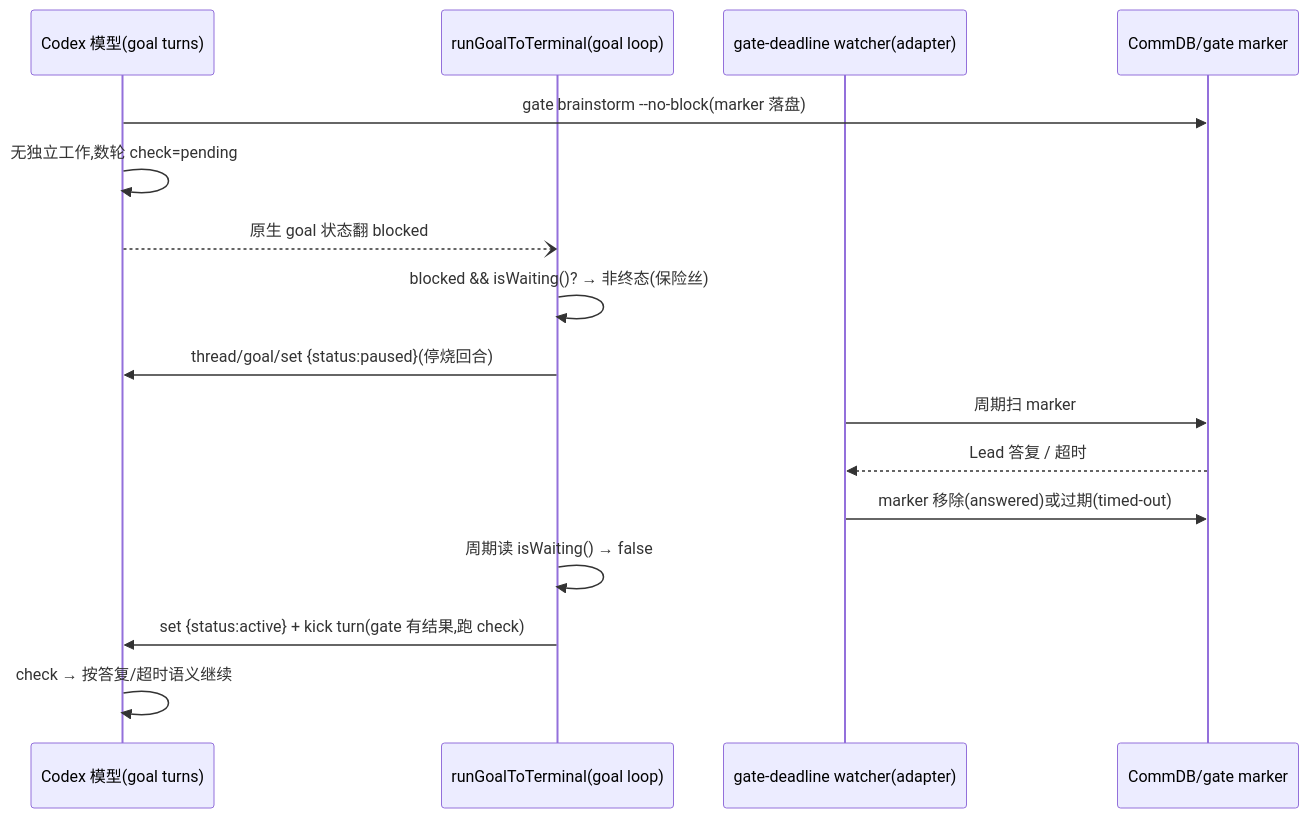
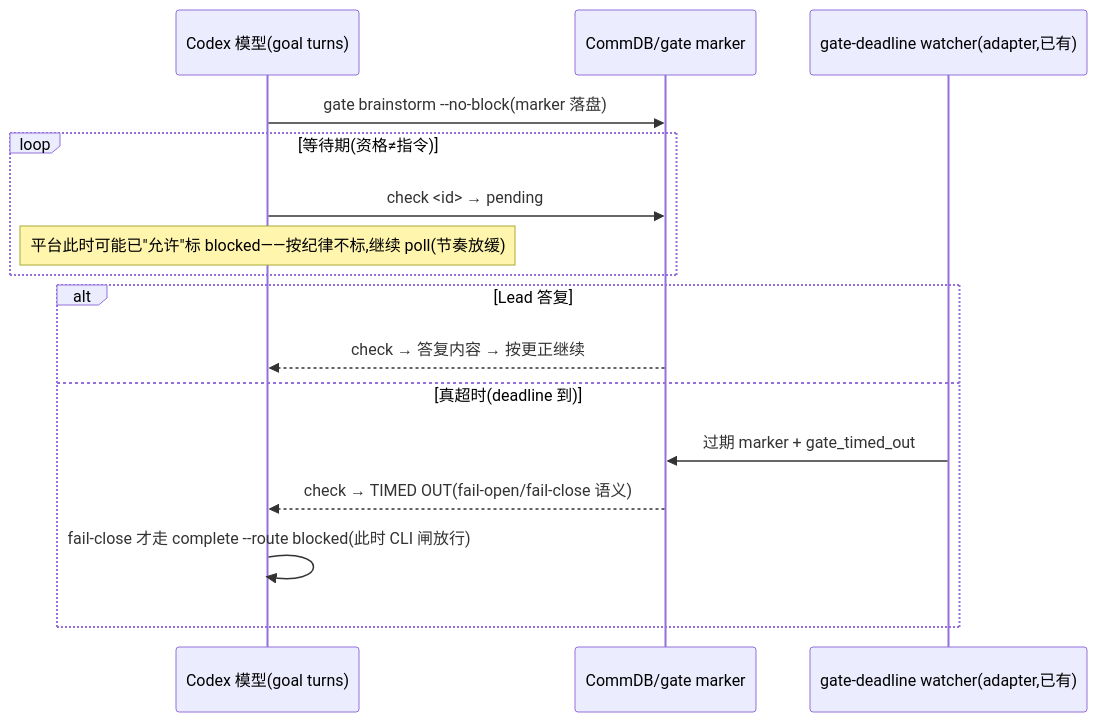
The diagram in engineering/doc/FLY-1257-codex-runtime-retry-defects/plan.md (xrliAnnie/flywheel-qa-sandbox), drawn with Mermaid before and after one commit. The commit also changed other lines of this file and 2 other files, not shown here.

````diff
--- a/engineering/doc/FLY-1257-codex-runtime-retry-defects/plan.md
+++ b/engineering/doc/FLY-1257-codex-runtime-retry-defects/plan.md
@@ -22,19 +28,19 @@
 ```mermaid
 sequenceDiagram
     participant M as Codex 模型(goal turns)
-    participant L as runGoalToTerminal(goal loop)
-    participant W as gate-deadline watcher(adapter)
     participant DB as CommDB/gate marker
+    participant W as gate-deadline watcher(adapter,已有)
 
     M->>DB: gate brainstorm --no-block(marker 落盘)
-    M->>M: 无独立工作,数轮 check=pending
-    M--)L: 原生 goal 状态翻 blocked
-    L->>L: blocked && isWaiting()? → 非终态(保险丝)
-    L->>M: thread/goal/set {status:paused}(停烧回合)
-    W->>DB: 周期扫 marker
-    DB-->>W: Lead 答复 / 超时
-    W->>DB: marker 移除(answered)或过期(timed-out)
-    L->>L: 周期读 isWaiting() → false
-    L->>M: set {status:active} + kick turn(gate 有结果,跑 check)
-    M->>M: check → 按答复/超时语义继续
+    loop 等待期(资格≠指令)
+        M->>DB: check <id> → pending
+        Note over M: 平台此时可能已"允许"标 blocked——按纪律不标,继续 poll(节奏放缓)
+    end
+    alt Lead 答复
+        DB-->>M: check → 答复内容 → 按更正继续
+    else 真超时(deadline 到)
+        W->>DB: 过期 marker + gate_timed_out
+        DB-->>M: check → TIMED OUT(fail-open/fail-close 语义)
+        M->>M: fail-close 才走 complete --route blocked(此时 CLI 闸放行)
+    end
 ```
````
